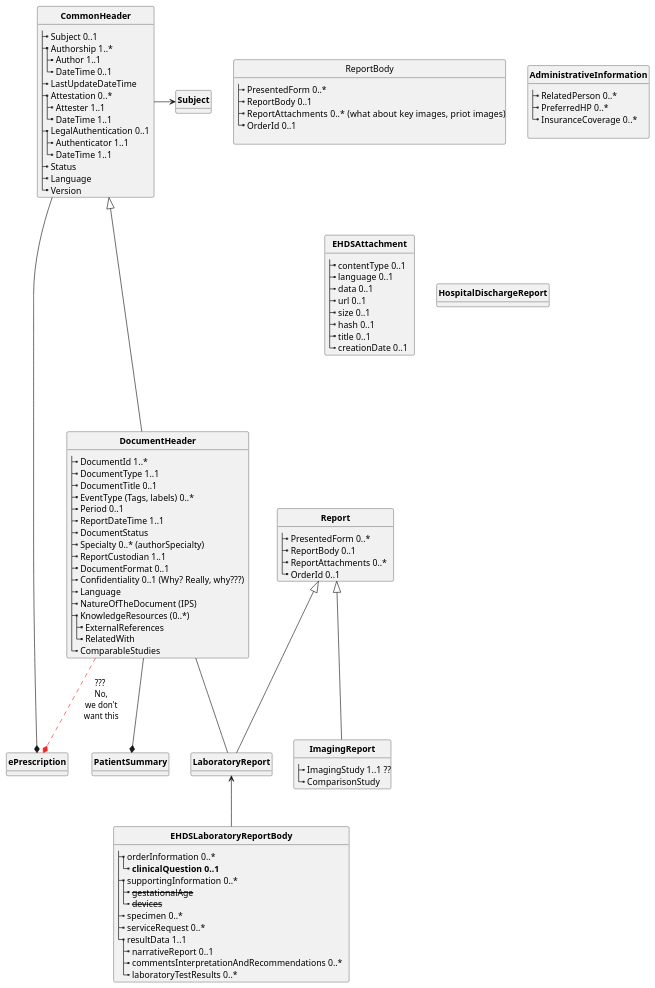
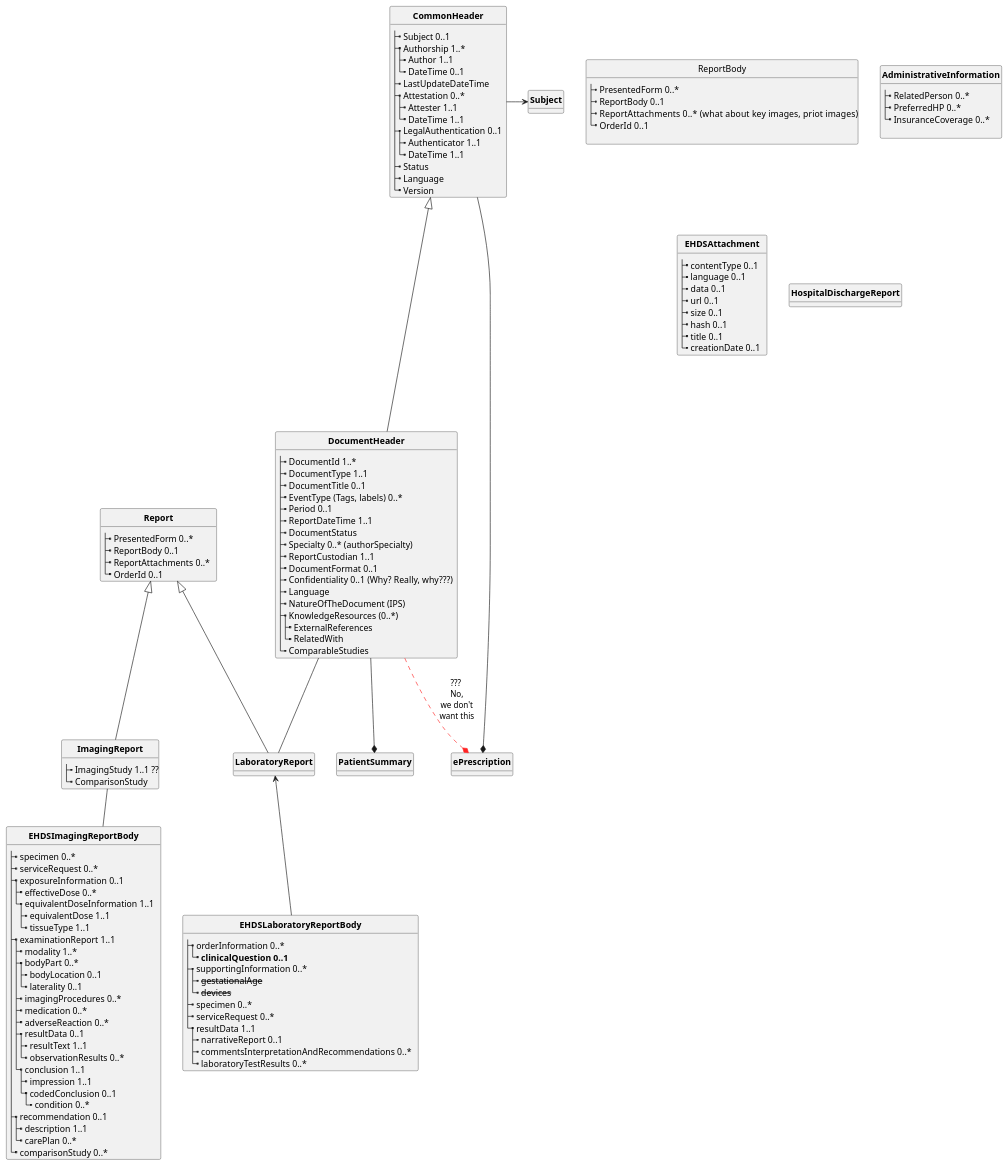
Before and after one commit to Xt-EHR/xt-ehr-common: the diagram in input/images-source/revisedmodelLisbon.plantuml, drawn with PlantUML.

```diff
--- a/input/images-source/revisedmodelLisbon.plantuml
+++ b/input/images-source/revisedmodelLisbon.plantuml
@@ -187,34 +187,36 @@
 
 ' }
 
-' class "**EHDSImagingReportBody**" as EHDSImagingReportBody {
-'   |_ specimen 0..*   
-'   |_ serviceRequest 0..*   
-'   |_ exposureInformation 0..1   
-'     |_ effectiveDose 0..*   
-'     |_ equivalentDoseInformation 1..1   
-'       |_ equivalentDose 1..1   
-'       |_ tissueType 1..1   
-'   |_ examinationReport 1..1   
-'     |_ modality 1..*   
-'     |_ bodyPart 0..*   
-'       |_ bodyLocation 0..1   
-'       |_ laterality 0..1   
-'     |_ imagingProcedures 0..*   
-'     |_ medication 0..*   
-'     |_ adverseReaction 0..*   
-'     |_ resultData 0..1   
-'       |_ resultText 1..1   
-'       |_ observationResults 0..*   
-'     |_ conclusion 1..1   
-'       |_ impression 1..1   
-'       |_ codedConclusion 0..1   
-'         |_ condition 0..*   
-'   |_ recommendation 0..1   
-'     |_ description 1..1   
-'     |_ carePlan 0..*   
-'   |_ comparisonStudy 0..*   
-' }
+class "**EHDSImagingReportBody**" as IRB {
+  |_ specimen 0..*   
+  |_ serviceRequest 0..*   
+  |_ exposureInformation 0..1   
+    |_ effectiveDose 0..*   
+    |_ equivalentDoseInformation 1..1   
+      |_ equivalentDose 1..1   
+      |_ tissueType 1..1   
+  |_ examinationReport 1..1   
+    |_ modality 1..*   
+    |_ bodyPart 0..*   
+      |_ bodyLocation 0..1   
+      |_ laterality 0..1   
+    |_ imagingProcedures 0..*   
+    |_ medication 0..*   
+    |_ adverseReaction 0..*   
+    |_ resultData 0..1   
+      |_ resultText 1..1   
+      |_ observationResults 0..*   
+    |_ conclusion 1..1   
+      |_ impression 1..1   
+      |_ codedConclusion 0..1   
+        |_ condition 0..*   
+  |_ recommendation 0..1   
+    |_ description 1..1   
+    |_ carePlan 0..*   
+  |_ comparisonStudy 0..*   
+}
+
+IRB -u- IR
 
 ' class "**EHDSImagingReport**" as IR2 {
 '   |_ imagingReportHeader 1..1   
@@ -248,23 +250,6 @@
 '   }
 
 
-' class "**ContentMetadata**" as ContentMetadata {
-'   |_ subject 1..1   
-'   |_ healthInsuranceAndPaymentInformation 0..1   
-'     |_ healthInsuranceCode 0..1   
-'     |_ healthInsuranceName 0..1   
-'     |_ healthInsuranceNumber 0..1   
-'   |_ intendedRecipient 0..*   
-'   |_ authorship 1..*   
-'     |_ author 1..1   
-'     |_ datetime 1..1   
-'   |_ attestation 0..*   
-'     |_ attester 1..1   
-'     |_ datetime 1..1   
-'   |_ legalAuthentication 0..1   
-'     |_ legalAuthenticator 1..1   
-'     |_ datetime 1..1   
-' }
 
 
 ' EHDSLaboratoryReportHeader -u-|> DocumentMetadata : extends
```
